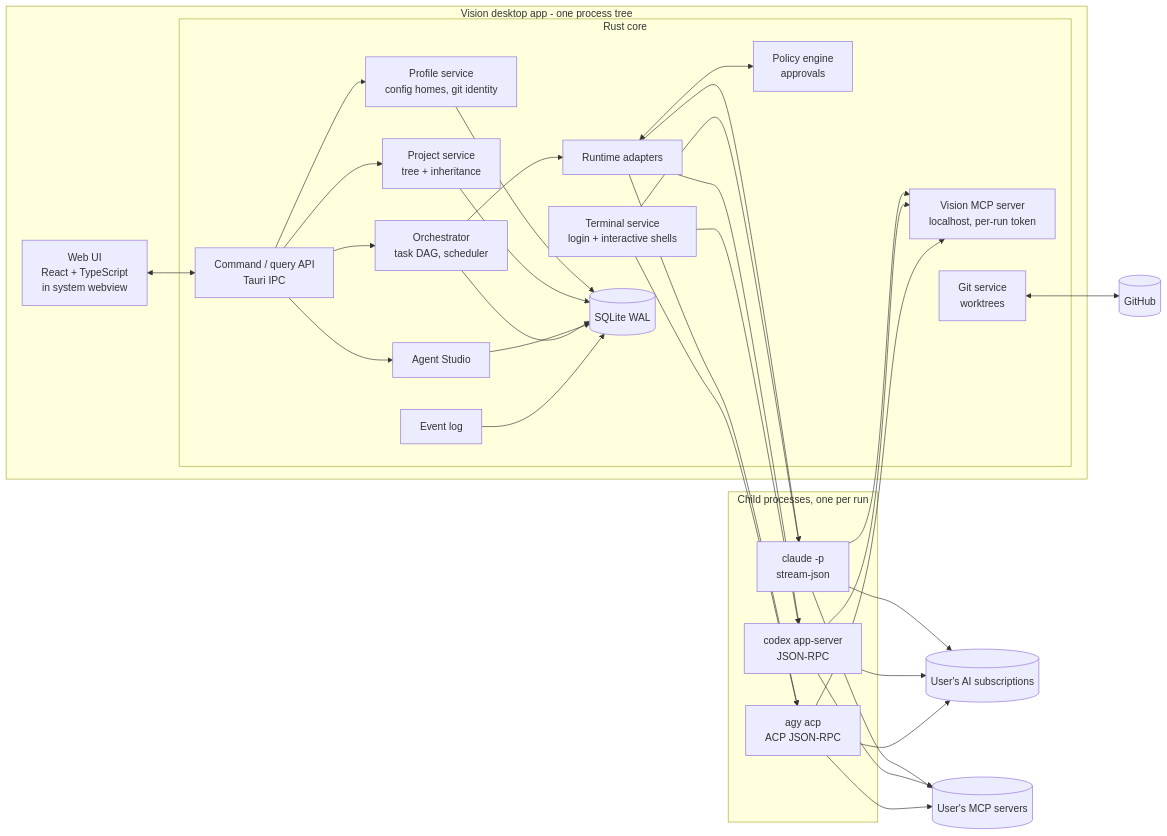
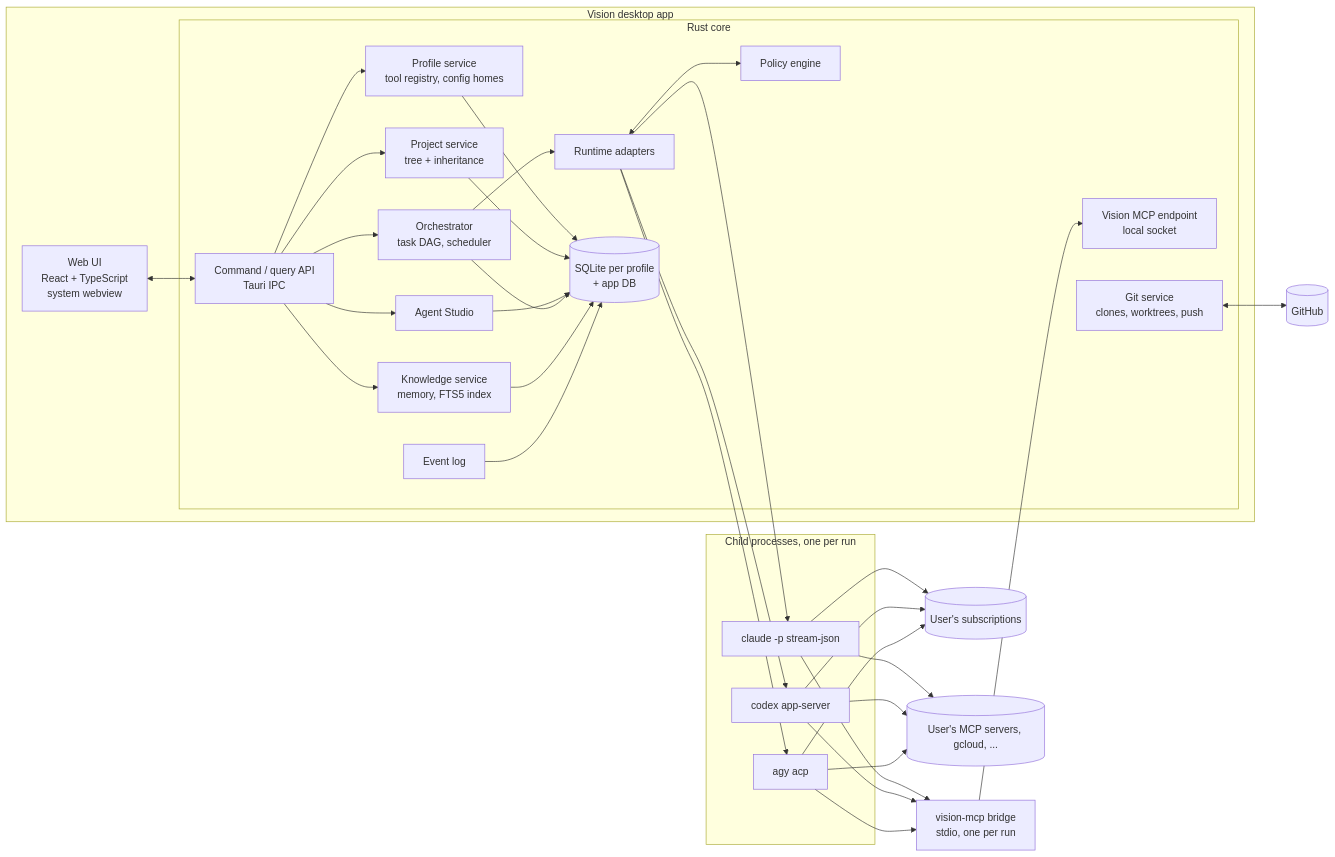
One commit to jakubkodajek/Vision changed the first of 2 diagrams in docs/PLAN.md. Above: the diagram before and after it, drawn with Mermaid. The commit also changed other lines of this file and 2 other files, not shown here.

First line of the commit message:
docs: plan revision 3 with tool registry, safety layers and reordered roadmap

````diff
--- a/docs/PLAN.md
+++ b/docs/PLAN.md
@@ -74,39 +82,38 @@
 ```mermaid
 flowchart LR
-    subgraph App[Vision desktop app - one process tree]
-        UI[Web UI<br/>React + TypeScript<br/>in system webview]
+    subgraph App[Vision desktop app]
+        UI[Web UI<br/>React + TypeScript<br/>system webview]
         subgraph Core[Rust core]
             CMD[Command / query API<br/>Tauri IPC]
-            PRF[Profile service<br/>config homes, git identity]
+            PRF[Profile service<br/>tool registry, config homes]
             PRJ[Project service<br/>tree + inheritance]
             AGS[Agent Studio]
             ORC[Orchestrator<br/>task DAG, scheduler]
-            POL[Policy engine<br/>approvals]
+            POL[Policy engine]
             RT[Runtime adapters]
-            VMCP[Vision MCP server<br/>localhost, per-run token]
-            GIT[Git service<br/>worktrees]
-            PTY[Terminal service<br/>login + interactive shells]
+            VMCP[Vision MCP endpoint<br/>local socket]
+            GIT[Git service<br/>clones, worktrees, push]
+            KNW[Knowledge service<br/>memory, FTS5 index]
             EV[Event log]
-            DB[(SQLite WAL)]
+            DB[(SQLite per profile<br/>+ app DB)]
         end
     end
+    BR[vision-mcp bridge<br/>stdio, one per run]
     subgraph Children[Child processes, one per run]
-        CC[claude -p<br/>stream-json]
-        CX[codex app-server<br/>JSON-RPC]
-        AG[agy acp<br/>ACP JSON-RPC]
+        CC[claude -p stream-json]
+        CX[codex app-server]
+        AG[agy acp]
     end
     GH[(GitHub)]
-    SUBS[(User's AI subscriptions)]
-    EXT[(User's MCP servers)]
+    SUBS[(User's subscriptions)]
+    EXT[(User's MCP servers, gcloud, ...)]
 
     UI <--> CMD
-    CMD --> PRF & PRJ & AGS & ORC
+    CMD --> PRF & PRJ & AGS & ORC & KNW
     ORC --> RT --> CC & CX & AG
     RT <--> POL
-    CC & CX & AG --> VMCP
-    CC & CX & AG --> SUBS
-    CC & CX & AG --> EXT
+    CC & CX & AG --> BR --> VMCP
+    CC & CX & AG --> SUBS & EXT
     GIT <--> GH
-    PTY --> CC & CX & AG
-    PRF & PRJ & AGS & ORC & EV --> DB
+    PRF & PRJ & AGS & ORC & KNW & EV --> DB
 ```
````
